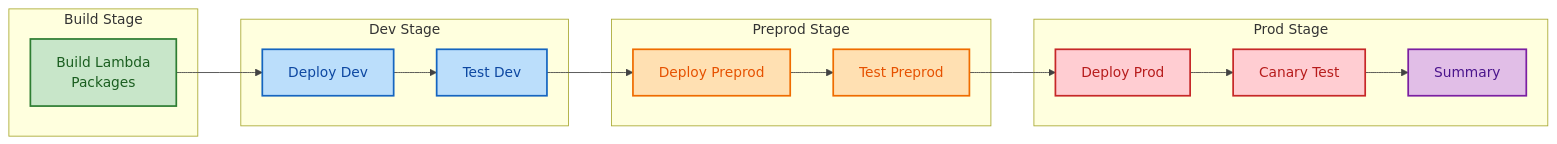
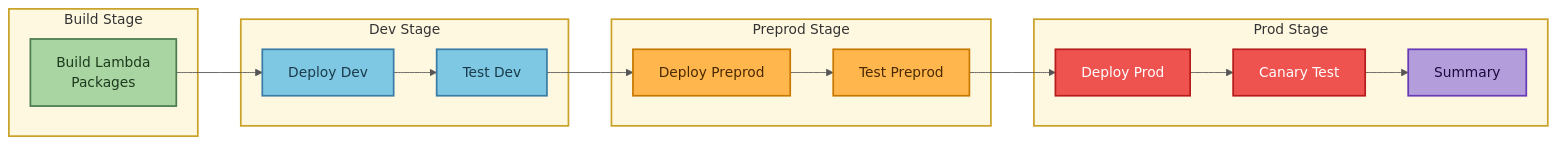
Before and after one commit to traylorre/sentiment-analyzer-gsk: the first of 4 diagrams in README.md, drawn with Mermaid. The commit also changed other lines of this file and 3 other files, not shown here.

First line of the commit message:
docs: Update mermaid diagrams with better contrast colors

````diff
--- a/README.md
+++ b/README.md
@@ -25,43 +25,45 @@
 ```mermaid
-%%{init: {'theme':'default', 'themeVariables': {'primaryColor':'#e3f2fd', 'primaryTextColor':'#1565c0', 'primaryBorderColor':'#1565c0', 'lineColor':'#424242', 'secondaryColor':'#fff3e0', 'tertiaryColor':'#e8f5e9', 'background':'#ffffff'}}}%%
+%%{init: {'theme':'base', 'themeVariables': {'primaryColor':'#fff8e1', 'primaryTextColor':'#333', 'primaryBorderColor':'#c9a227', 'lineColor':'#555', 'background':'#1a1a2e'}}}%%
 flowchart LR
     subgraph Stage1["Build Stage"]
         Build["Build Lambda<br/>Packages"]
     end
 
     subgraph Stage2["Dev Stage"]
         DeployDev["Deploy Dev"]
         TestDev["Test Dev"]
     end
 
     subgraph Stage3["Preprod Stage"]
         DeployPreprod["Deploy Preprod"]
         TestPreprod["Test Preprod"]
     end
 
     subgraph Stage4["Prod Stage"]
         DeployProd["Deploy Prod"]
         CanaryTest["Canary Test"]
         Summary["Summary"]
     end
 
     Build --> DeployDev
     DeployDev --> TestDev
     TestDev --> DeployPreprod
     DeployPreprod --> TestPreprod
     TestPreprod --> DeployProd
     DeployProd --> CanaryTest
     CanaryTest --> Summary
 
-    classDef buildStage fill:#c8e6c9,stroke:#2e7d32,stroke-width:2px,color:#1b5e20
-    classDef devStage fill:#bbdefb,stroke:#1565c0,stroke-width:2px,color:#0d47a1
-    classDef preprodStage fill:#ffe0b2,stroke:#ef6c00,stroke-width:2px,color:#e65100
-    classDef prodStage fill:#ffcdd2,stroke:#c62828,stroke-width:2px,color:#b71c1c
-    classDef summaryNode fill:#e1bee7,stroke:#7b1fa2,stroke-width:2px,color:#4a148c
+    classDef stageBox fill:#fff8e1,stroke:#c9a227,stroke-width:2px,color:#333
+    classDef buildNode fill:#a8d5a2,stroke:#4a7c4e,stroke-width:2px,color:#1e3a1e
+    classDef devNode fill:#7ec8e3,stroke:#3a7ca5,stroke-width:2px,color:#1a3a4a
+    classDef preprodNode fill:#ffb74d,stroke:#c77800,stroke-width:2px,color:#4a2800
+    classDef prodNode fill:#ef5350,stroke:#b71c1c,stroke-width:2px,color:#fff
+    classDef summaryNode fill:#b39ddb,stroke:#673ab7,stroke-width:2px,color:#1a0a3e
 
-    class Build buildStage
-    class DeployDev,TestDev devStage
-    class DeployPreprod,TestPreprod preprodStage
-    class DeployProd,CanaryTest prodStage
+    class Stage1,Stage2,Stage3,Stage4 stageBox
+    class Build buildNode
+    class DeployDev,TestDev devNode
+    class DeployPreprod,TestPreprod preprodNode
+    class DeployProd,CanaryTest prodNode
     class Summary summaryNode
 ```
````
